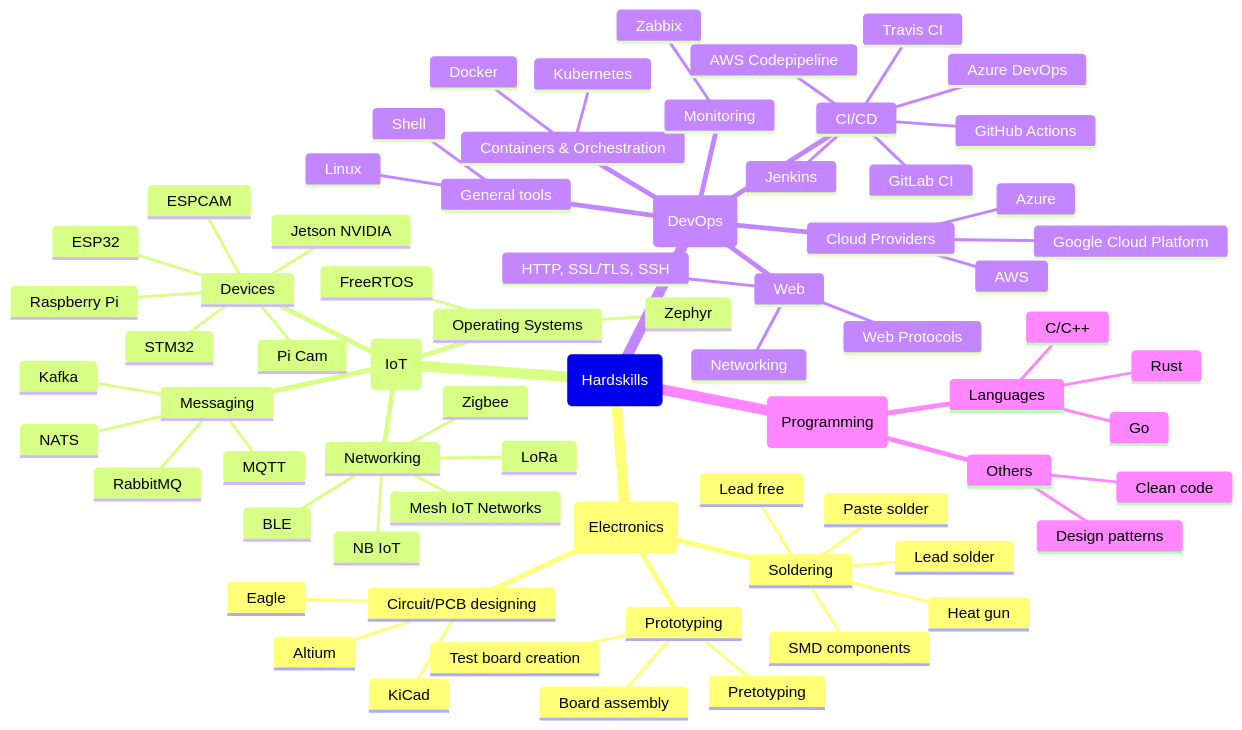
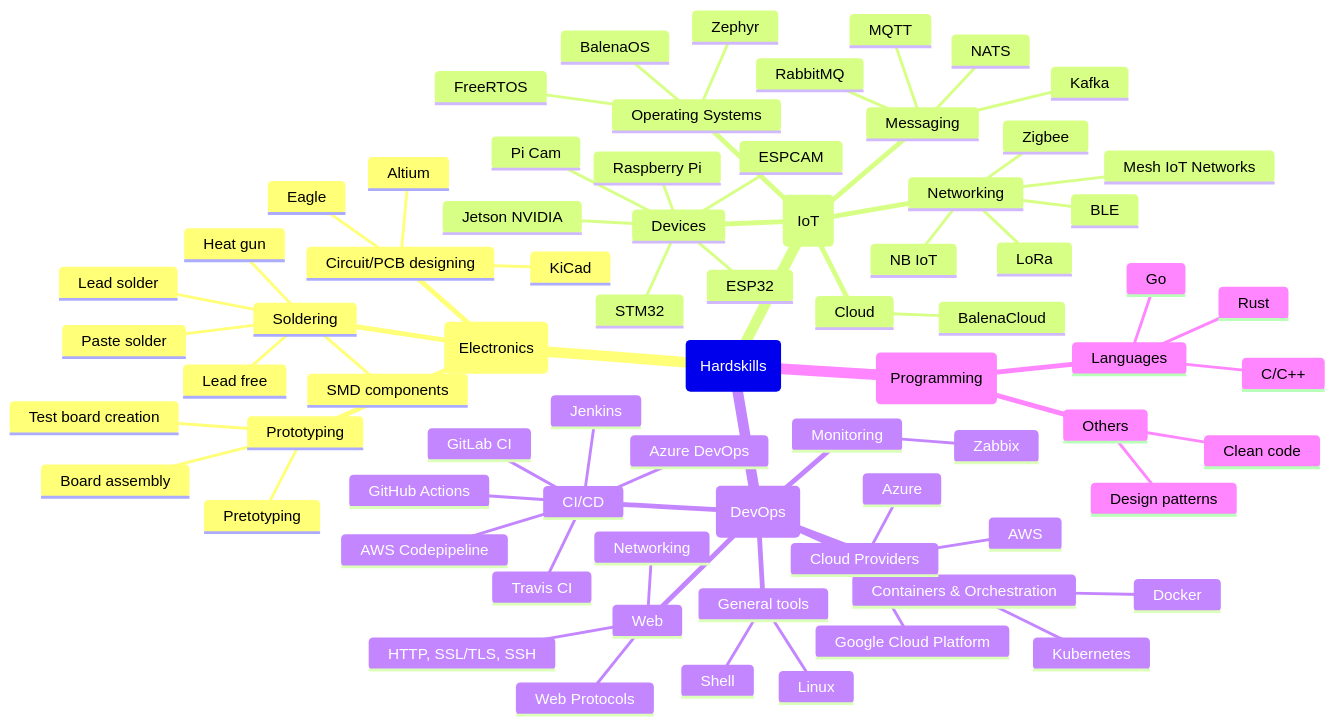
The diagram in hardskills.mmd (taffarel55/pdi), drawn with Mermaid before and after one commit.

Commit message:
💻 hard: Update hardskills

```diff
--- a/hardskills.mmd
+++ b/hardskills.mmd
@@ -1,76 +1,79 @@
 mindmap
   (Hardskills)
   ::icon(fa fa-laptop)
     (Electronics)
     ::icon(fa fa-microchip)
         Circuit/PCB designing
             Altium
             Eagle
             KiCad
         Prototyping
             Board assembly
             Test board creation
             Pretotyping
         Soldering
             Lead solder
             Lead free
             Heat gun
             SMD components
             Paste solder
     (IoT)
     ::icon(fa fa-cloud)
         Devices
             Raspberry Pi
             Pi Cam
             ESPCAM
             ESP32
             STM32
             Jetson NVIDIA
         Networking
             LoRa
             Zigbee
             BLE
             Mesh IoT Networks
             NB IoT
         Messaging
             MQTT
             RabbitMQ
             Kafka
             NATS
         Operating Systems
             FreeRTOS
             Zephyr
+            BalenaOS
+        Cloud
+            BalenaCloud
     (DevOps)
     ::icon(fa fa-infinity)
         General tools
             Linux
             Shell
         Web
             Networking
             Web Protocols
             HTTP, SSL/TLS, SSH
         Containers & Orchestration
             Docker
             Kubernetes
         Cloud Providers
             AWS
             Azure
             Google Cloud Platform
         CI/CD
             Jenkins
             GitLab CI
             GitHub Actions
             Travis CI
             AWS Codepipeline
             Azure DevOps
         Monitoring
             Zabbix
     (Programming)
     ::icon(fa fa-book)
         Languages
             C/C++
             Rust
             Go
         Others
             Clean code
             Design patterns
```
